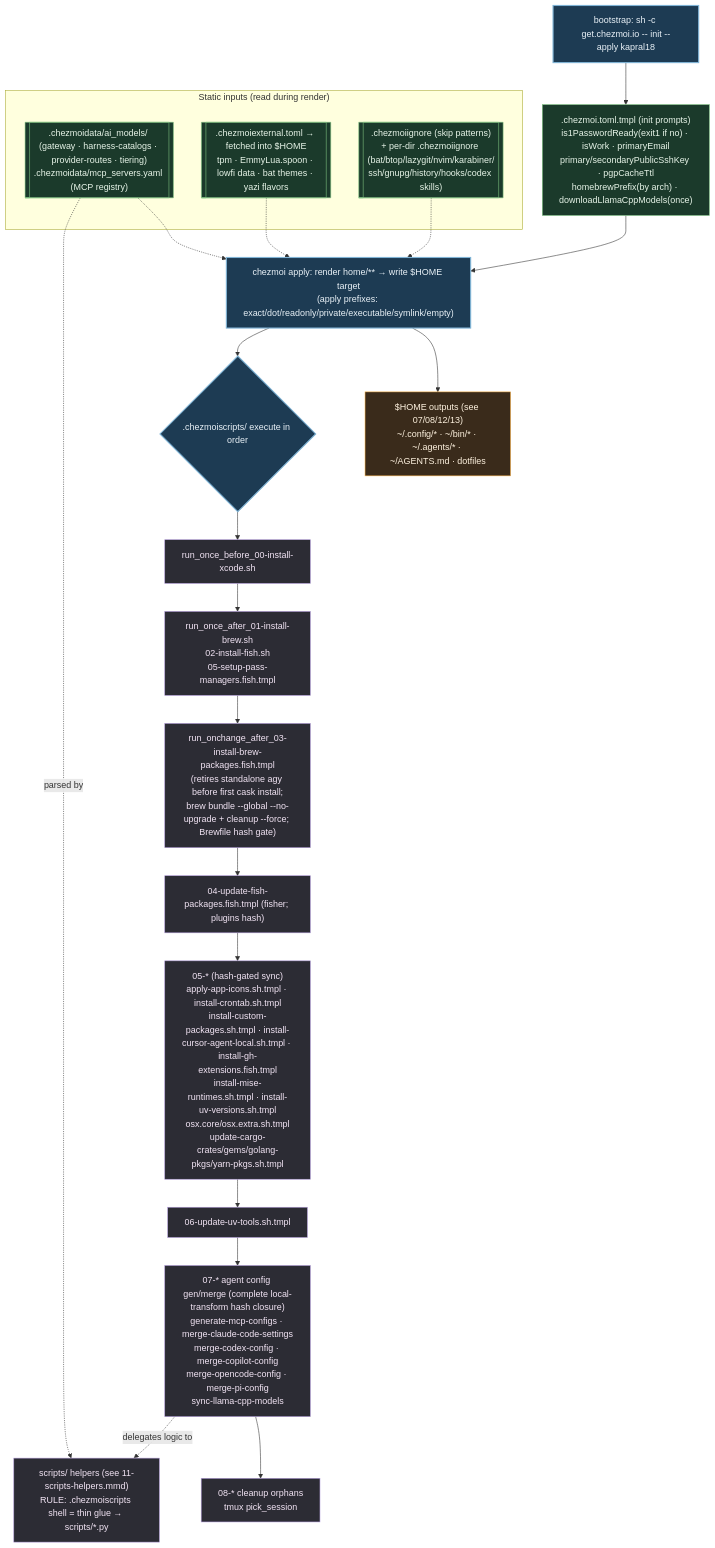
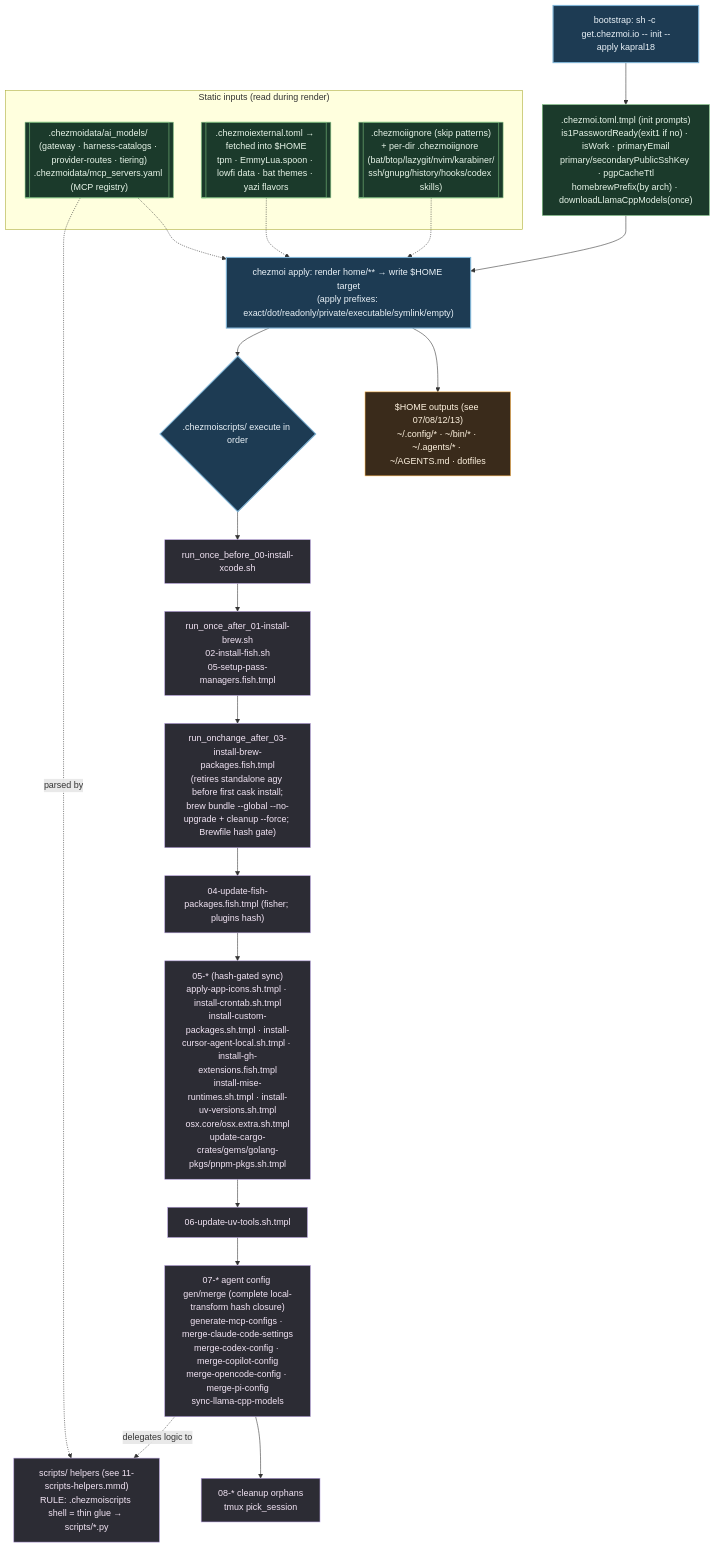
One commit to kapral18/dotfiles changed the diagram in .mermaids/01-chezmoi-pipeline.mmd. Above: the diagram before and after it, drawn with Mermaid. The commit also changed 75 other files, not shown here.

First line of the commit message:
feat(pnpm): migrate repository from Yarn to pnpm

```diff
--- a/.mermaids/01-chezmoi-pipeline.mmd
+++ b/.mermaids/01-chezmoi-pipeline.mmd
@@ -1,41 +1,41 @@
 %% ============================================================================
 %% 01-chezmoi-pipeline.mmd — `chezmoi apply` lifecycle. Names EVERY hook in
 %% home/.chezmoiscripts/ (29) and every config/data input. Hooks run in
 %% filename order: run_once_before < run_once_after < run_onchange_after,
 %% then numeric 00..08 within each class. *.tmpl = templated; .fish.tmpl run
 %% under fish; .sh / .sh.tmpl run under bash.
 %% ============================================================================
 flowchart TD
     classDef phase fill:#1d3b53,stroke:#7fb3d5,color:#eaf2f8,stroke-width:2px;
     classDef data fill:#1b3a2b,stroke:#81c784,color:#e8f5e9;
     classDef script fill:#2c2c34,stroke:#b39ddb,color:#f3e5f5;
     classDef out fill:#3a2b1b,stroke:#ffb74d,color:#fff3e0;
 
     BOOT["bootstrap: sh -c get.chezmoi.io -- init --apply kapral18"]:::phase
     INIT[".chezmoi.toml.tmpl (init prompts)<br/>is1PasswordReady(exit1 if no) · isWork · primaryEmail<br/>primary/secondaryPublicSshKey · pgpCacheTtl<br/>homebrewPrefix(by arch) · downloadLlamaCppModels(once)"]:::data
 
     subgraph INPUTS["Static inputs (read during render)"]
         DATA[[".chezmoidata/ai_models/ (gateway · harness-catalogs · provider-routes · tiering)<br/>.chezmoidata/mcp_servers.yaml (MCP registry)"]]:::data
         EXT[[".chezmoiexternal.toml → fetched into $HOME<br/>tpm · EmmyLua.spoon · lowfi data · bat themes · yazi flavors"]]:::data
         IGN[[".chezmoiignore (skip patterns)<br/>+ per-dir .chezmoiignore (bat/btop/lazygit/nvim/karabiner/<br/>ssh/gnupg/history/hooks/codex skills)"]]:::data
     end
 
     BOOT --> INIT --> APPLY
     DATA & EXT & IGN -.-> APPLY
 
     APPLY["chezmoi apply: render home/** → write $HOME target<br/>(apply prefixes: exact/dot/readonly/private/executable/symlink/empty)"]:::phase
     APPLY --> TARGETS["$HOME outputs (see 07/08/12/13)<br/>~/.config/* · ~/bin/* · ~/.agents/* · ~/AGENTS.md · dotfiles"]:::out
 
     APPLY --> HOOKS{".chezmoiscripts/ execute in order"}:::phase
 
     HOOKS --> B0["run_once_before_00-install-xcode.sh"]:::script
     B0 --> A01["run_once_after_01-install-brew.sh<br/>02-install-fish.sh<br/>05-setup-pass-managers.fish.tmpl"]:::script
     A01 --> C03["run_onchange_after_03-install-brew-packages.fish.tmpl<br/>(retires standalone agy before first cask install;<br/>brew bundle --global --no-upgrade + cleanup --force; Brewfile hash gate)"]:::script
     C03 --> C04["04-update-fish-packages.fish.tmpl (fisher; plugins hash)"]:::script
-    C04 --> C05["05-* (hash-gated sync)<br/>apply-app-icons.sh.tmpl · install-crontab.sh.tmpl<br/>install-custom-packages.sh.tmpl · install-cursor-agent-local.sh.tmpl · install-gh-extensions.fish.tmpl<br/>install-mise-runtimes.sh.tmpl · install-uv-versions.sh.tmpl<br/>osx.core/osx.extra.sh.tmpl<br/>update-cargo-crates/gems/golang-pkgs/yarn-pkgs.sh.tmpl"]:::script
+    C04 --> C05["05-* (hash-gated sync)<br/>apply-app-icons.sh.tmpl · install-crontab.sh.tmpl<br/>install-custom-packages.sh.tmpl · install-cursor-agent-local.sh.tmpl · install-gh-extensions.fish.tmpl<br/>install-mise-runtimes.sh.tmpl · install-uv-versions.sh.tmpl<br/>osx.core/osx.extra.sh.tmpl<br/>update-cargo-crates/gems/golang-pkgs/pnpm-pkgs.sh.tmpl"]:::script
     C05 --> C06["06-update-uv-tools.sh.tmpl"]:::script
     C06 --> C07["07-* agent config gen/merge (complete local-transform hash closure)<br/>generate-mcp-configs · merge-claude-code-settings<br/>merge-codex-config · merge-copilot-config<br/>merge-opencode-config · merge-pi-config<br/>sync-llama-cpp-models"]:::script
     C07 --> C08["08-* cleanup orphans<br/>tmux pick_session"]:::script
 
     C07 -. delegates logic to .-> HELP["scripts/ helpers (see 11-scripts-helpers.mmd)<br/>RULE: .chezmoiscripts shell = thin glue → scripts/*.py"]:::script
     DATA -.parsed by.-> HELP
```
